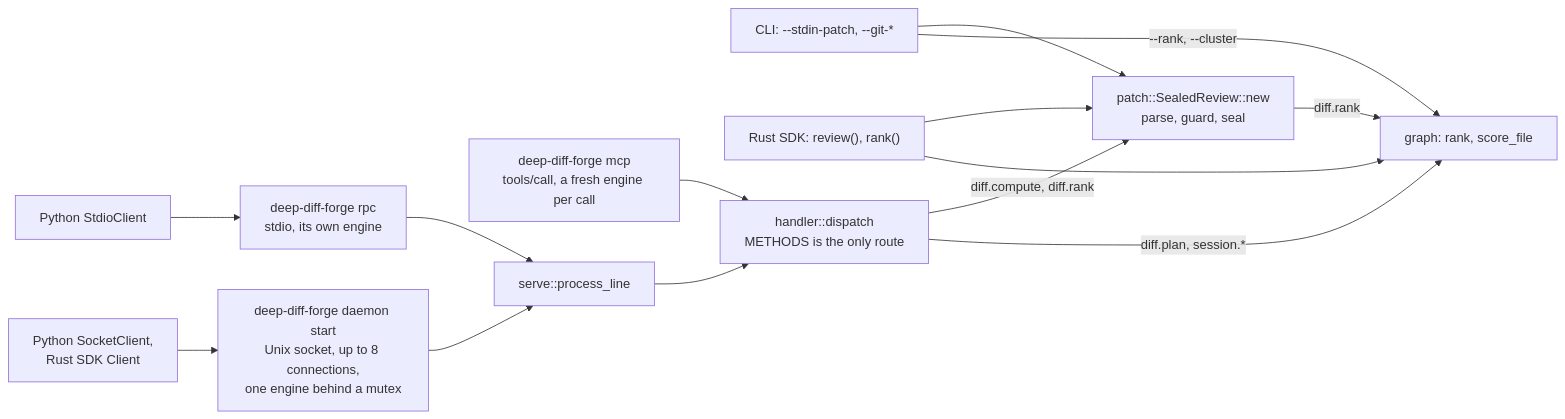
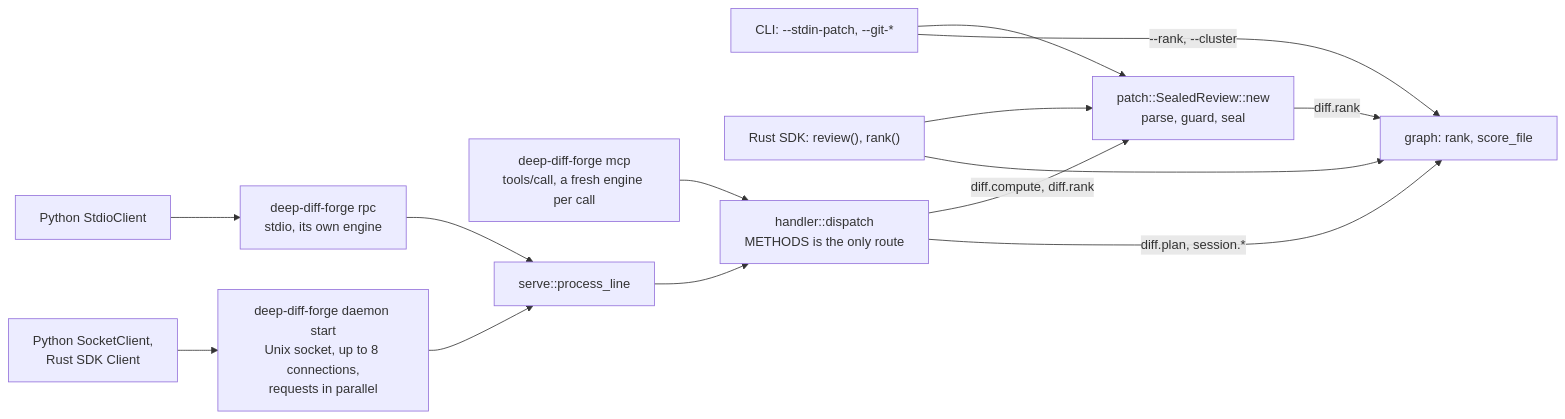
One commit to Louranicas/deep-diff-forge changed the first of 2 diagrams in docs/API_AND_IPC.md. Above: the diagram before and after it, drawn with Mermaid. The commit also changed other lines of this file and 20 other files, not shown here.

First line of the commit message:
daemon: run requests in parallel under a 128 MiB in-flight budget

````diff
--- a/docs/API_AND_IPC.md
+++ b/docs/API_AND_IPC.md
@@ -39,26 +39,26 @@
 ```mermaid
 flowchart LR
     CLI["CLI: --stdin-patch, --git-*"]
     SDKR["Rust SDK: review(), rank()"]
     PYS["Python StdioClient"]
     PYK["Python SocketClient,<br/>Rust SDK Client"]
     RPC["deep-diff-forge rpc<br/>stdio, its own engine"]
-    SRV["deep-diff-forge daemon start<br/>Unix socket, up to 8 connections,<br/>one engine behind a mutex"]
+    SRV["deep-diff-forge daemon start<br/>Unix socket, up to 8 connections,<br/>requests in parallel"]
     MCP["deep-diff-forge mcp<br/>tools/call, a fresh engine per call"]
     PL["serve::process_line"]
     D["handler::dispatch<br/>METHODS is the only route"]
     SEAL["patch::SealedReview::new<br/>parse, guard, seal"]
     RANK["graph: rank, score_file"]
 
     PYS --> RPC --> PL
     PYK --> SRV --> PL
     PL --> D
     MCP --> D
     D -- "diff.compute, diff.rank" --> SEAL
     SEAL -- "diff.rank" --> RANK
     D -- "diff.plan, session.*" --> RANK
     CLI --> SEAL
     CLI -- "--rank, --cluster" --> RANK
     SDKR --> SEAL
     SDKR --> RANK
 ```
````
